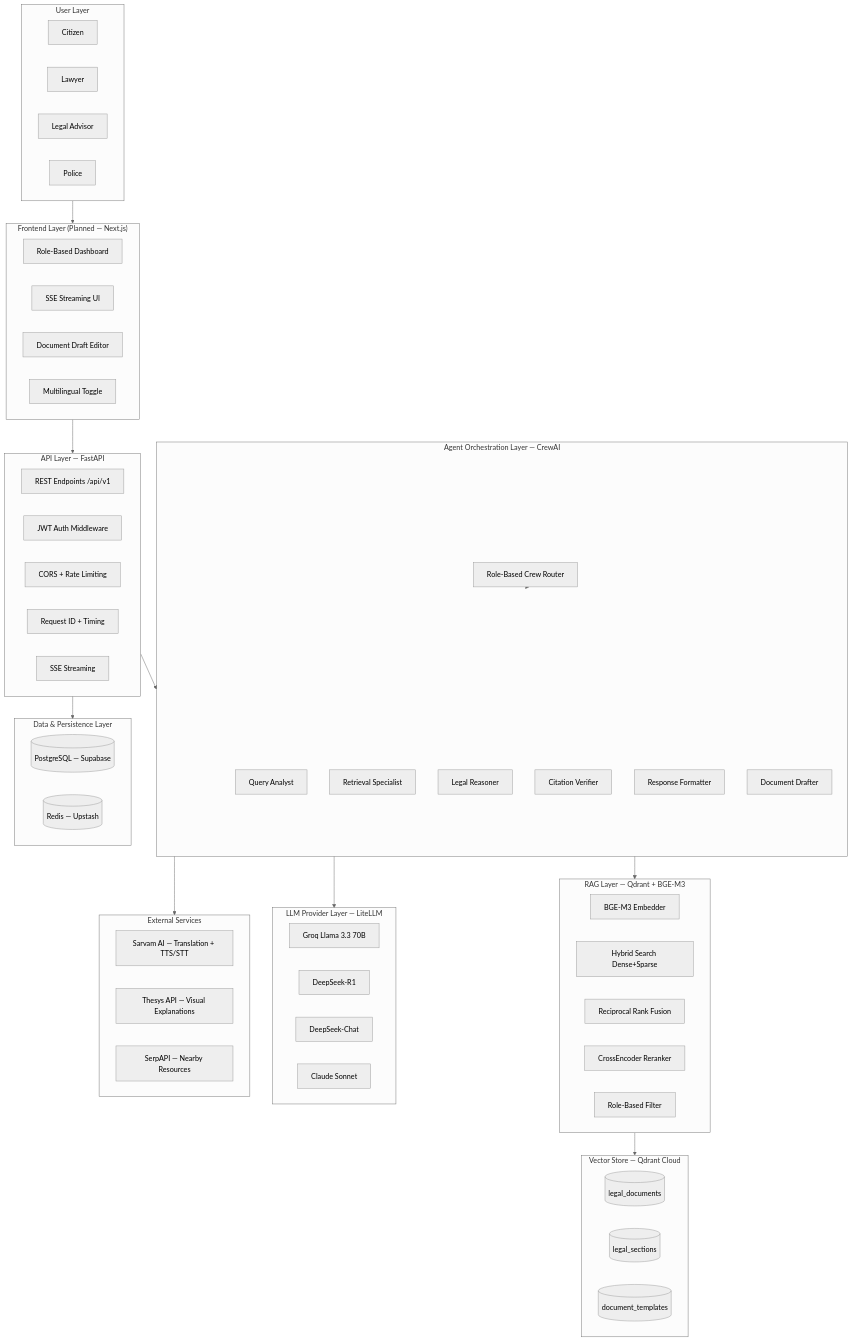
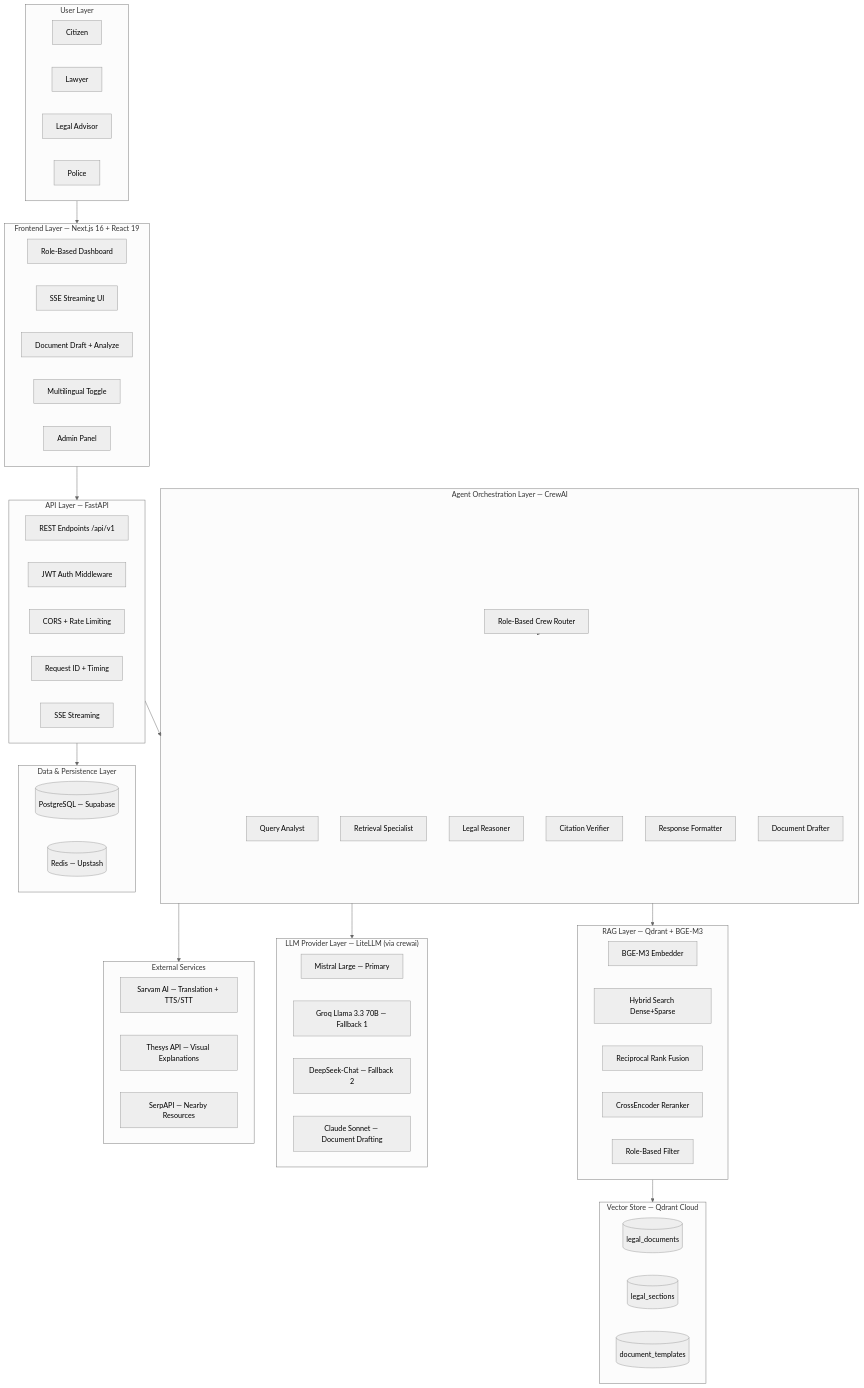
The diagram in docs/architecture/01_system_layers.md (SachinASIET26/Neethi), drawn with Mermaid (neutral theme) before and after one commit. The commit also changed other lines of this file and 12 other files, not shown here.

````diff
--- a/docs/architecture/01_system_layers.md
+++ b/docs/architecture/01_system_layers.md
@@ -5,76 +5,77 @@
 ```mermaid
 graph TB
     subgraph USER["User Layer"]
         U1[Citizen]
         U2[Lawyer]
         U3[Legal Advisor]
         U4[Police]
     end
 
-    subgraph FRONTEND["Frontend Layer (Planned — Next.js)"]
+    subgraph FRONTEND["Frontend Layer — Next.js 16 + React 19"]
         FE1[Role-Based Dashboard]
         FE2[SSE Streaming UI]
-        FE3[Document Draft Editor]
+        FE3[Document Draft + Analyze]
         FE4[Multilingual Toggle]
+        FE5[Admin Panel]
     end
 
     subgraph API["API Layer — FastAPI"]
         API1[REST Endpoints /api/v1]
         API2[JWT Auth Middleware]
         API3[CORS + Rate Limiting]
         API4[Request ID + Timing]
         API5[SSE Streaming]
     end
 
     subgraph AGENT["Agent Orchestration Layer — CrewAI"]
         AG1[Query Analyst]
         AG2[Retrieval Specialist]
         AG3[Legal Reasoner]
         AG4[Citation Verifier]
         AG5[Response Formatter]
         AG6[Document Drafter]
         ROUTER[Role-Based Crew Router]
     end
 
     subgraph RAG["RAG Layer — Qdrant + BGE-M3"]
         RAG1[BGE-M3 Embedder]
         RAG2[Hybrid Search Dense+Sparse]
         RAG3[Reciprocal Rank Fusion]
         RAG4[CrossEncoder Reranker]
         RAG5[Role-Based Filter]
     end
 
     subgraph VECTOR["Vector Store — Qdrant Cloud"]
         VDB1[(legal_documents)]
         VDB2[(legal_sections)]
         VDB3[(document_templates)]
     end
 
-    subgraph LLM["LLM Provider Layer — LiteLLM"]
-        LLM1[Groq Llama 3.3 70B]
-        LLM2[DeepSeek-R1]
-        LLM3[DeepSeek-Chat]
-        LLM4[Claude Sonnet]
+    subgraph LLM["LLM Provider Layer — LiteLLM (via crewai)"]
+        LLM0[Mistral Large — Primary]
+        LLM1[Groq Llama 3.3 70B — Fallback 1]
+        LLM2[DeepSeek-Chat — Fallback 2]
+        LLM3[Claude Sonnet — Document Drafting]
     end
 
     subgraph DATA["Data & Persistence Layer"]
         DB1[(PostgreSQL — Supabase)]
         CACHE1[(Redis — Upstash)]
     end
 
     subgraph EXTERNAL["External Services"]
         EXT1[Sarvam AI — Translation + TTS/STT]
         EXT2[Thesys API — Visual Explanations]
         EXT3[SerpAPI — Nearby Resources]
     end
 
     USER --> FRONTEND
     FRONTEND --> API
     API --> AGENT
     ROUTER --> AGENT
     AGENT --> RAG
     AGENT --> LLM
     RAG --> VECTOR
     API --> DATA
     AGENT --> EXTERNAL
 ```
````
